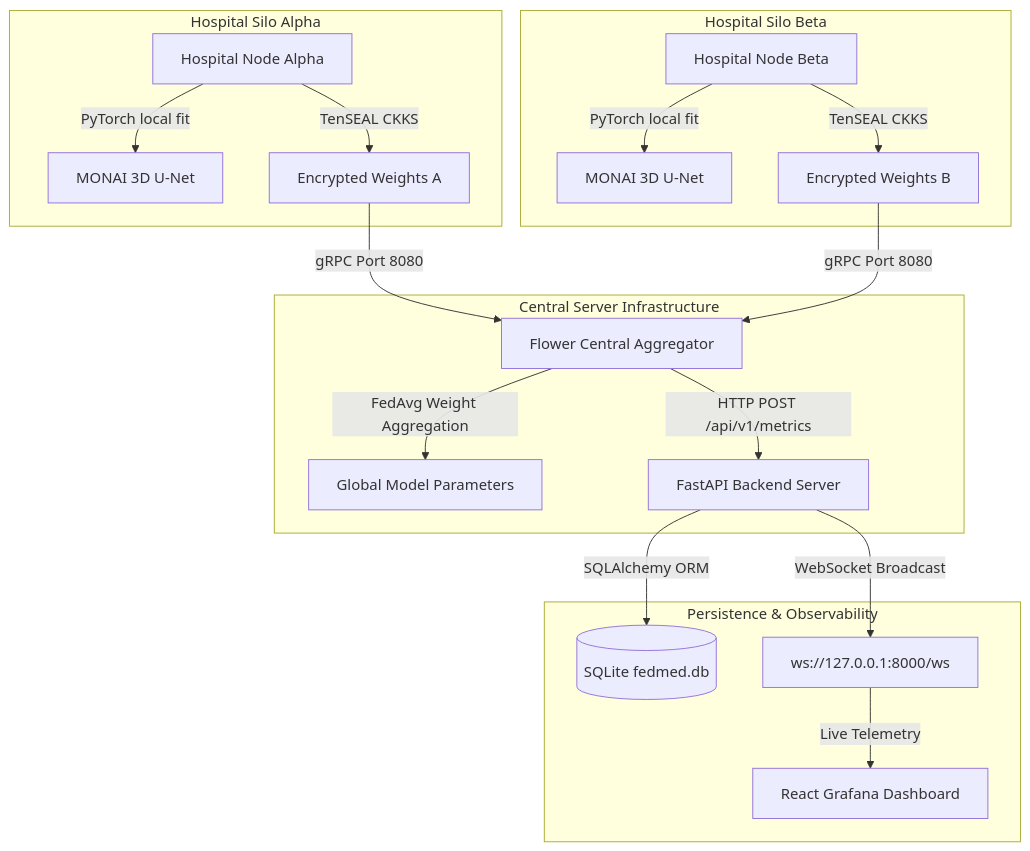
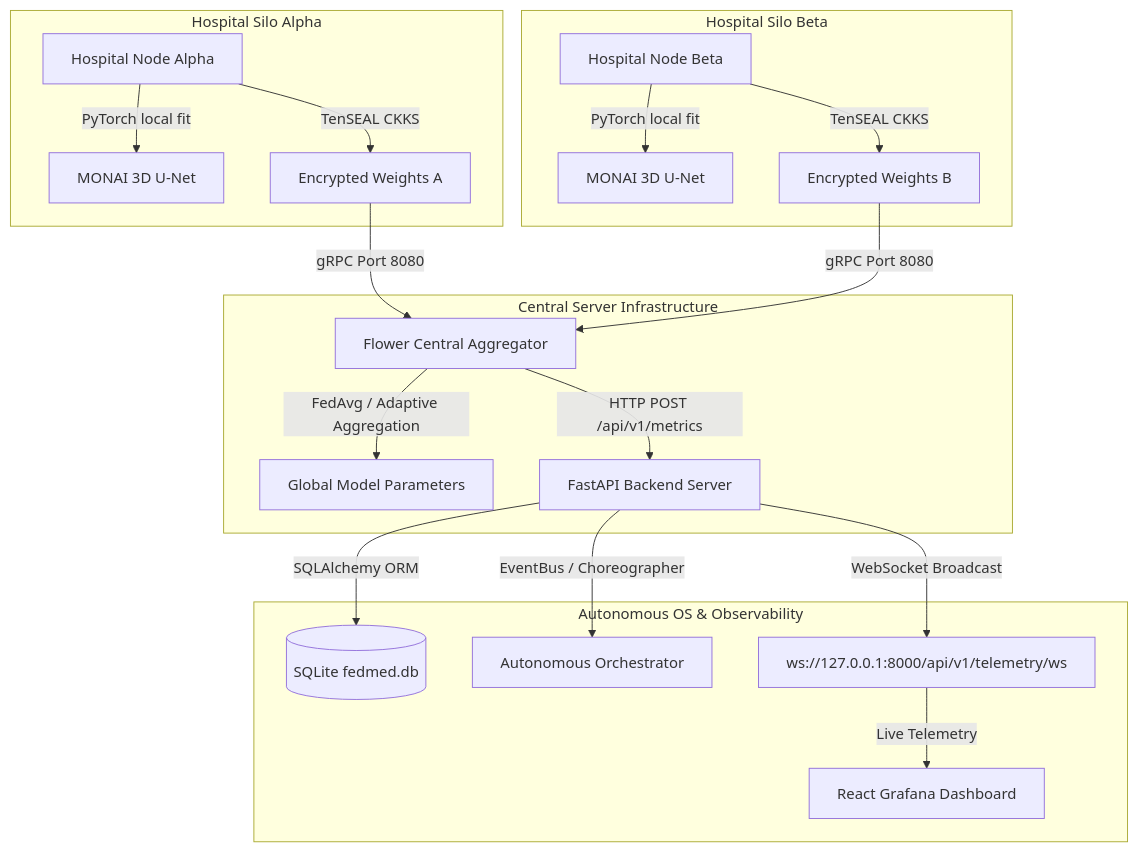
Before and after one commit to akanshanagar18/FedMed: the diagram in README.md, drawn with Mermaid. The commit also changed other lines of this file and 8 other files, not shown here.

````diff
--- a/README.md
+++ b/README.md
@@ -27,25 +27,26 @@
 ```mermaid
 graph TD
     subgraph Hospital Silo Alpha
         CA[Hospital Node Alpha] -->|PyTorch local fit| MA[MONAI 3D U-Net]
         CA -->|TenSEAL CKKS| EA[Encrypted Weights A]
     end
 
     subgraph Hospital Silo Beta
         CB[Hospital Node Beta] -->|PyTorch local fit| MB[MONAI 3D U-Net]
         CB -->|TenSEAL CKKS| EB[Encrypted Weights B]
     end
 
     subgraph Central Server Infrastructure
         EA -->|gRPC Port 8080| FS[Flower Central Aggregator]
         EB -->|gRPC Port 8080| FS
-        FS -->|FedAvg Weight Aggregation| GM[Global Model Parameters]
+        FS -->|FedAvg / Adaptive Aggregation| GM[Global Model Parameters]
         FS -->|HTTP POST /api/v1/metrics| BE[FastAPI Backend Server]
     end
 
-    subgraph Persistence & Observability
+    subgraph Autonomous OS & Observability
         BE -->|SQLAlchemy ORM| DB[(SQLite fedmed.db)]
-        BE -->|WebSocket Broadcast| WS[ws://127.0.0.1:8000/ws]
+        BE -->|EventBus / Choreographer| Auto[Autonomous Orchestrator]
+        BE -->|WebSocket Broadcast| WS[ws://127.0.0.1:8000/api/v1/telemetry/ws]
         WS -->|Live Telemetry| UI[React Grafana Dashboard]
     end
 ```
````
